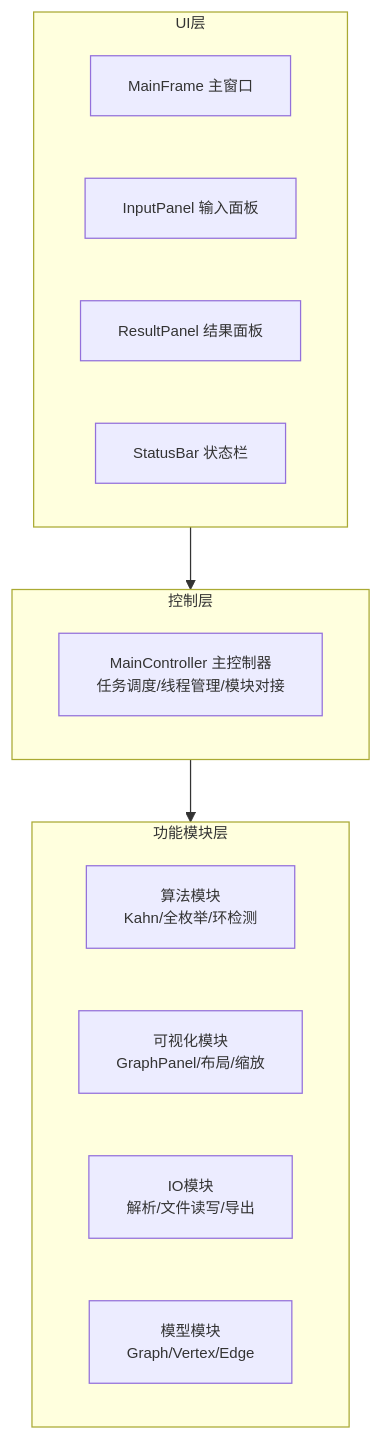
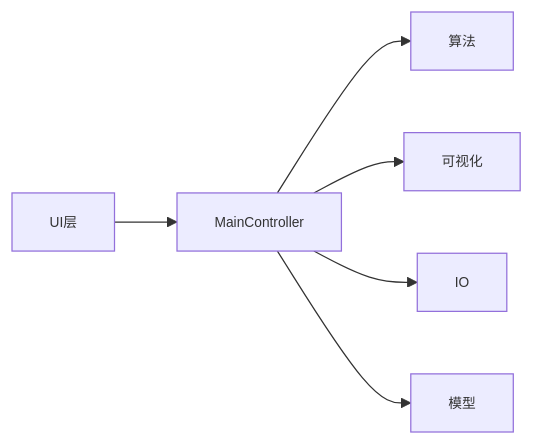
One commit to yyj138/topological-sort changed the first of 2 diagrams in README.md. Above: the diagram before and after it, drawn with Mermaid. The commit also changed other lines of this file, not shown here.

Commit message:
【main】同步README

````diff
--- a/README.md
+++ b/README.md
@@ -44,21 +44,9 @@
 ```mermaid
-%%{init: {'themeVariables': {'fontSize': '12px', 'fontFamily': 'Microsoft YaHei'}}}%%
-flowchart TB
-    subgraph UI层
-        A1[MainFrame 主窗口]
-        A2[InputPanel 输入面板]
-        A3[ResultPanel 结果面板]
-        A4[StatusBar 状态栏]
-    end
-    subgraph 控制层
-        B1[MainController 主控制器<br/>任务调度/线程管理/模块对接]
-    end
-    subgraph 功能模块层
-        C1[算法模块<br/>Kahn/全枚举/环检测]
-        C2[可视化模块<br/>GraphPanel/布局/缩放]
-        C3[IO模块<br/>解析/文件读写/导出]
-        C4[模型模块<br/>Graph/Vertex/Edge]
-    end
-    UI层 --> 控制层
-    控制层 --> 功能模块层
+%%{init: {'themeVariables': {'fontSize': '11px', 'fontFamily': 'Microsoft YaHei'}}}%%
+flowchart LR
+    A[UI层] --> B[MainController]
+    B --> C[算法]
+    B --> D[可视化]
+    B --> E[IO]
+    B --> F[模型]
 ```
````
